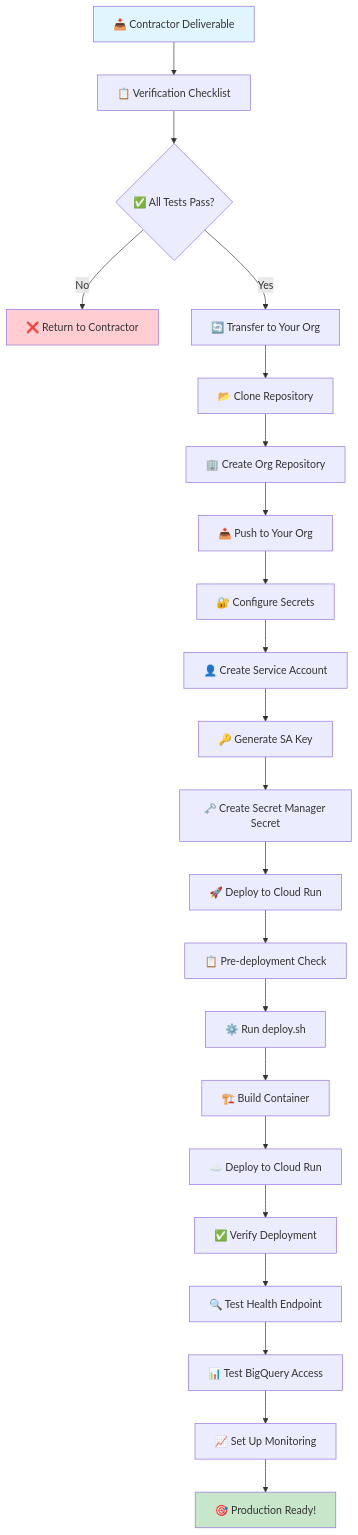
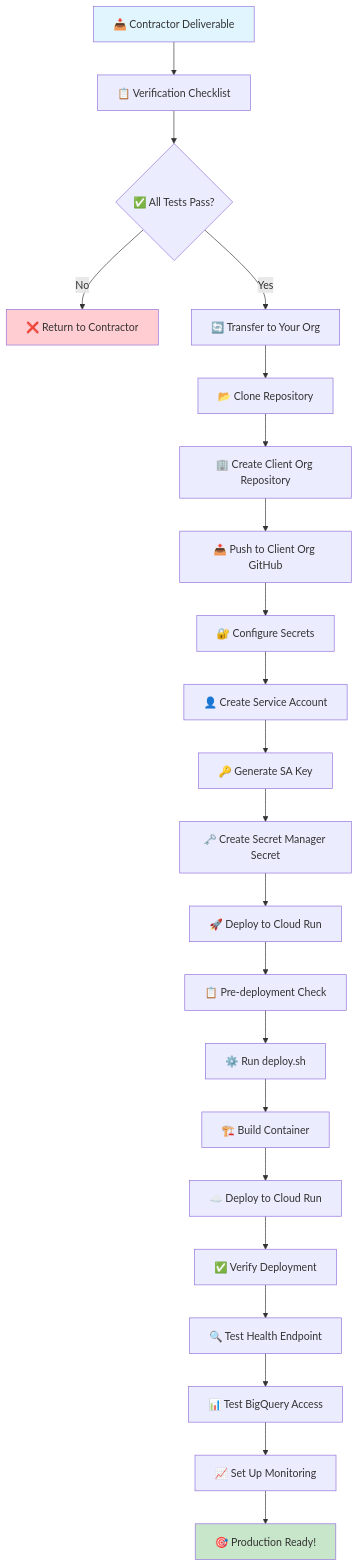
Before and after one commit to gwh2002/create-dev-environment: the diagram in DEPLOYMENT_WORKFLOW_DIAGRAM.md, drawn with Mermaid. The commit also changed 15 other files, not shown here.

````diff
--- a/DEPLOYMENT_WORKFLOW_DIAGRAM.md
+++ b/DEPLOYMENT_WORKFLOW_DIAGRAM.md
@@ -5,33 +5,33 @@
 ```mermaid
 graph TD
     A[📥 Contractor Deliverable] --> B[📋 Verification Checklist]
     B --> C{✅ All Tests Pass?}
     C -->|No| D[❌ Return to Contractor]
     C -->|Yes| E[🔄 Transfer to Your Org]
     
     E --> F[📂 Clone Repository]
-    F --> G[🏢 Create Org Repository]
-    G --> H[📤 Push to Your Org]
+    F --> G[🏢 Create Client Org Repository]
+    G --> H[📤 Push to Client Org GitHub]
     
     H --> I[🔐 Configure Secrets]
     I --> J[👤 Create Service Account]
     J --> K[🔑 Generate SA Key]
     K --> L[🗝️ Create Secret Manager Secret]
     
     L --> M[🚀 Deploy to Cloud Run]
     M --> N[📋 Pre-deployment Check]
     N --> O[⚙️ Run deploy.sh]
     O --> P[🏗️ Build Container]
     P --> Q[☁️ Deploy to Cloud Run]
     
     Q --> R[✅ Verify Deployment]
     R --> S[🔍 Test Health Endpoint]
     S --> T[📊 Test BigQuery Access]
     T --> U[📈 Set Up Monitoring]
     
     U --> V[🎯 Production Ready!]
     
     style A fill:#e1f5fe
     style V fill:#c8e6c9
     style D fill:#ffcdd2
 ```
````
